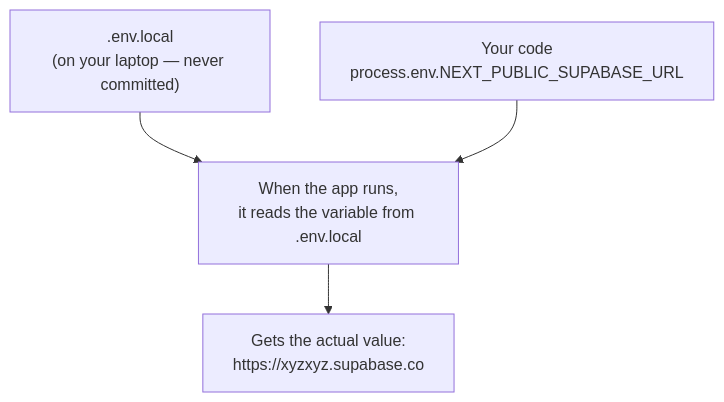
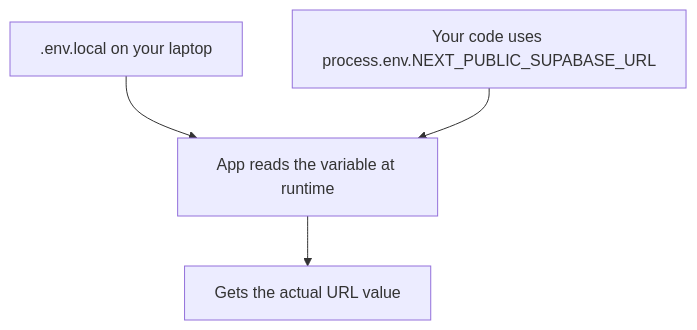
The first of 6 diagrams in learning/08-environment-variables.md (wongjinar-ai/expample), drawn with Mermaid before and after one commit. The commit also changed other lines of this file and 16 other files, not shown here.

````diff
--- a/learning/08-environment-variables.md
+++ b/learning/08-environment-variables.md
@@ -40,10 +40,10 @@
 ```mermaid
 flowchart TD
-    EnvFile[".env.local\n(on your laptop — never committed)"]
-    Code["Your code\nprocess.env.NEXT_PUBLIC_SUPABASE_URL"]
-    Runtime["When the app runs,\nit reads the variable from .env.local"]
+    EnvFile[".env.local on your laptop"]
+    Code["Your code uses process.env.NEXT_PUBLIC_SUPABASE_URL"]
+    Runtime["App reads the variable at runtime"]
 
     EnvFile --> Runtime
     Code --> Runtime
-    Runtime --> Value["Gets the actual value:\nhttps://xyzxyz.supabase.co"]
+    Runtime --> Value["Gets the actual URL value"]
 ```
````
